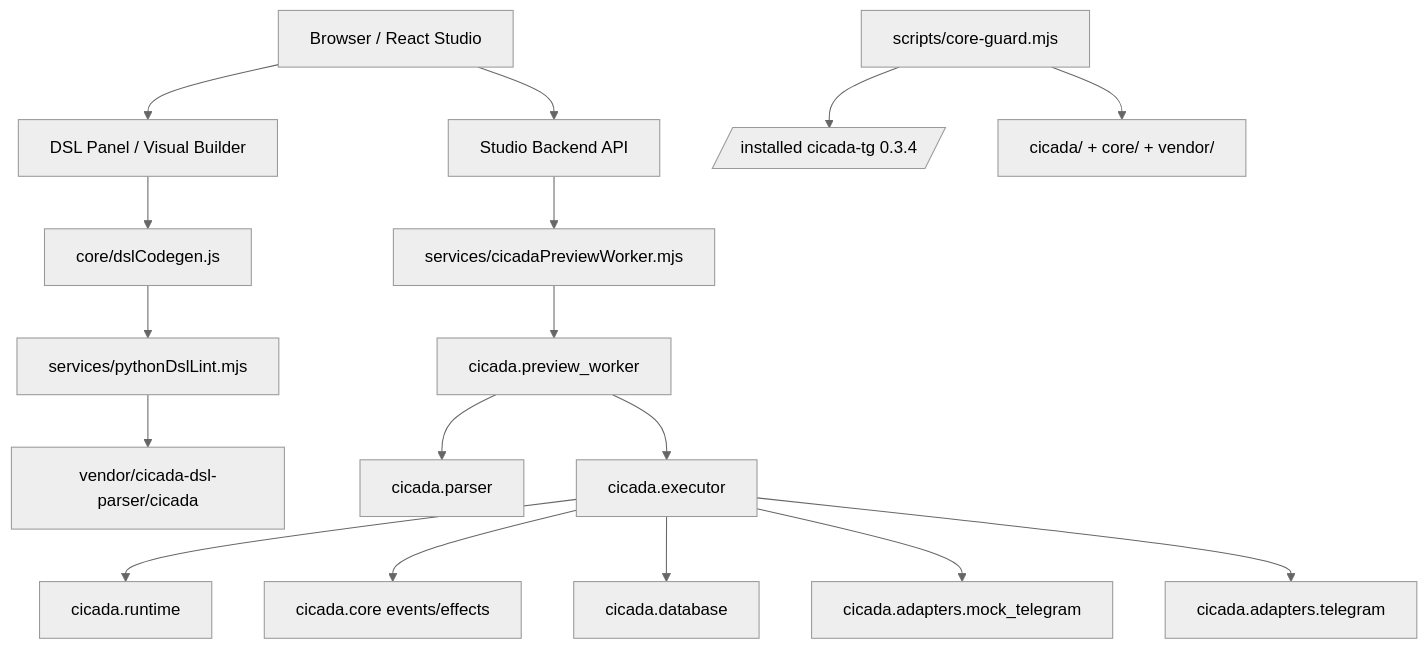
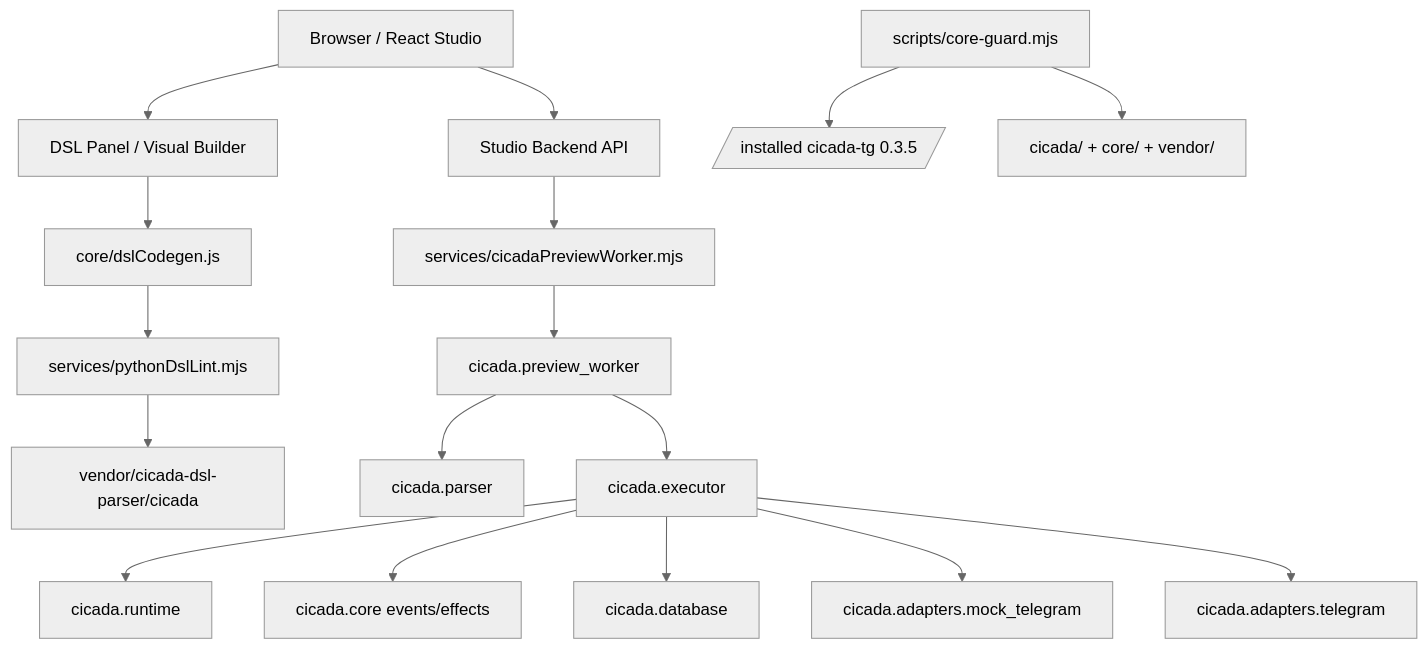
The diagram in docs/dependency-graph.md (Cicadadenis/studio-cicada), drawn with Mermaid (neutral theme) before and after one commit. The commit also changed other lines of this file and 48 other files, not shown here.

````diff
--- a/docs/dependency-graph.md
+++ b/docs/dependency-graph.md
@@ -5,19 +5,19 @@
 ```mermaid
 flowchart TD
   Browser[Browser / React Studio] --> API[Studio Backend API]
   Browser --> DSL[DSL Panel / Visual Builder]
   DSL --> Codegen[core/dslCodegen.js]
   Codegen --> Lint[services/pythonDslLint.mjs]
   Lint --> VendorParser[vendor/cicada-dsl-parser/cicada]
   API --> PreviewClient[services/cicadaPreviewWorker.mjs]
   PreviewClient --> PreviewWorker[cicada.preview_worker]
   PreviewWorker --> Parser[cicada.parser]
   PreviewWorker --> Executor[cicada.executor]
   Executor --> Runtime[cicada.runtime]
   Executor --> CoreEvents[cicada.core events/effects]
   Executor --> DB[cicada.database]
   Executor --> MockAdapter[cicada.adapters.mock_telegram]
   Executor --> TelegramAdapter[cicada.adapters.telegram]
-  CoreGuard[scripts/core-guard.mjs] --> InstalledCore[/installed cicada-tg 0.3.4/]
+  CoreGuard[scripts/core-guard.mjs] --> InstalledCore[/installed cicada-tg 0.3.5/]
   CoreGuard --> LocalCore[cicada/ + core/ + vendor/]
 ```
````
